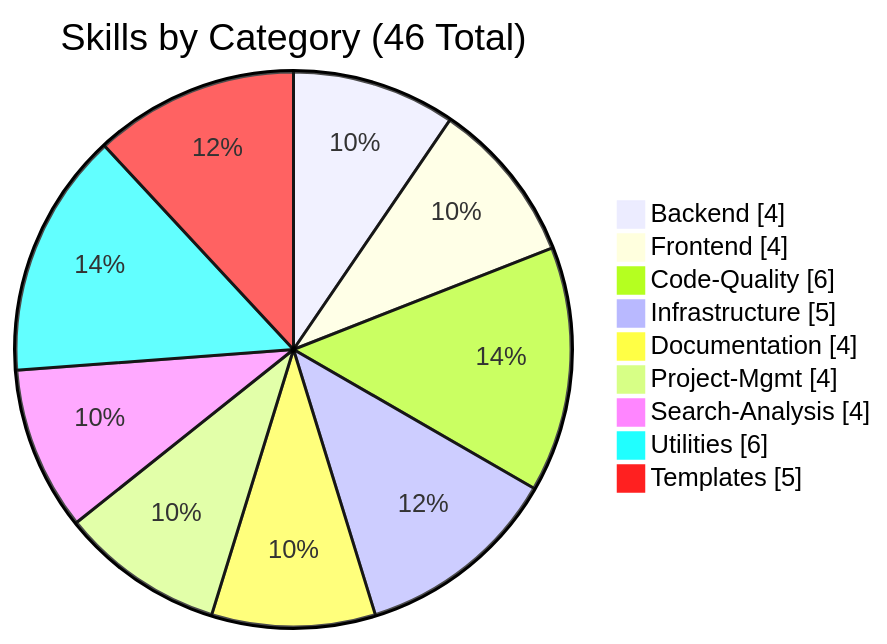
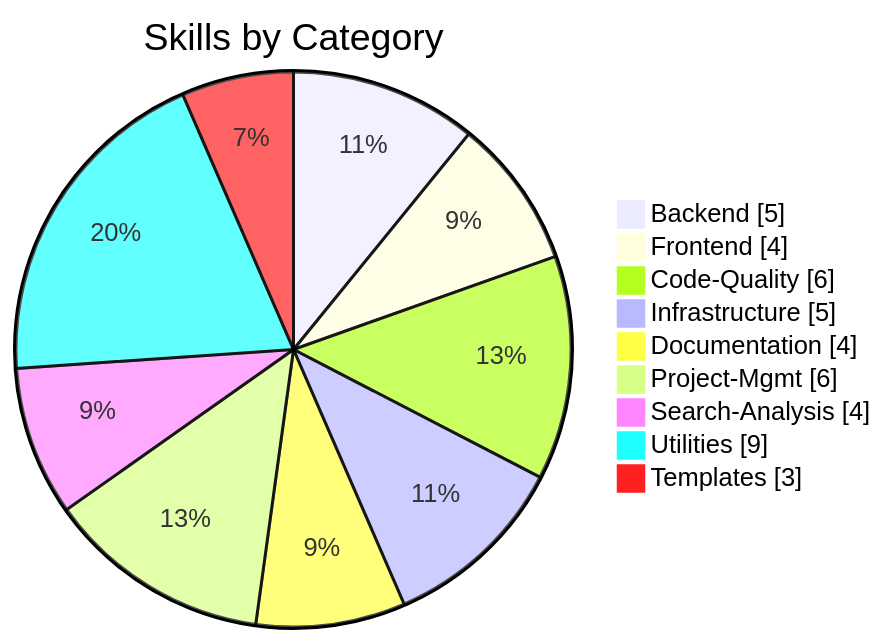
Before and after one commit to supercent-io/skills-template: the second of 3 diagrams in README.md, drawn with Mermaid. The commit also changed other lines of this file and 1 other file, not shown here.

````diff
--- a/README.md
+++ b/README.md
@@ -160,13 +89,13 @@
 ```mermaid
 pie showData
-    title Skills by Category (46 Total)
-    "Backend" : 4
+    title Skills by Category
+    "Backend" : 5
     "Frontend" : 4
     "Code-Quality" : 6
     "Infrastructure" : 5
     "Documentation" : 4
-    "Project-Mgmt" : 4
+    "Project-Mgmt" : 6
     "Search-Analysis" : 4
-    "Utilities" : 6
-    "Templates" : 5
+    "Utilities" : 9
+    "Templates" : 3
 ```
````
